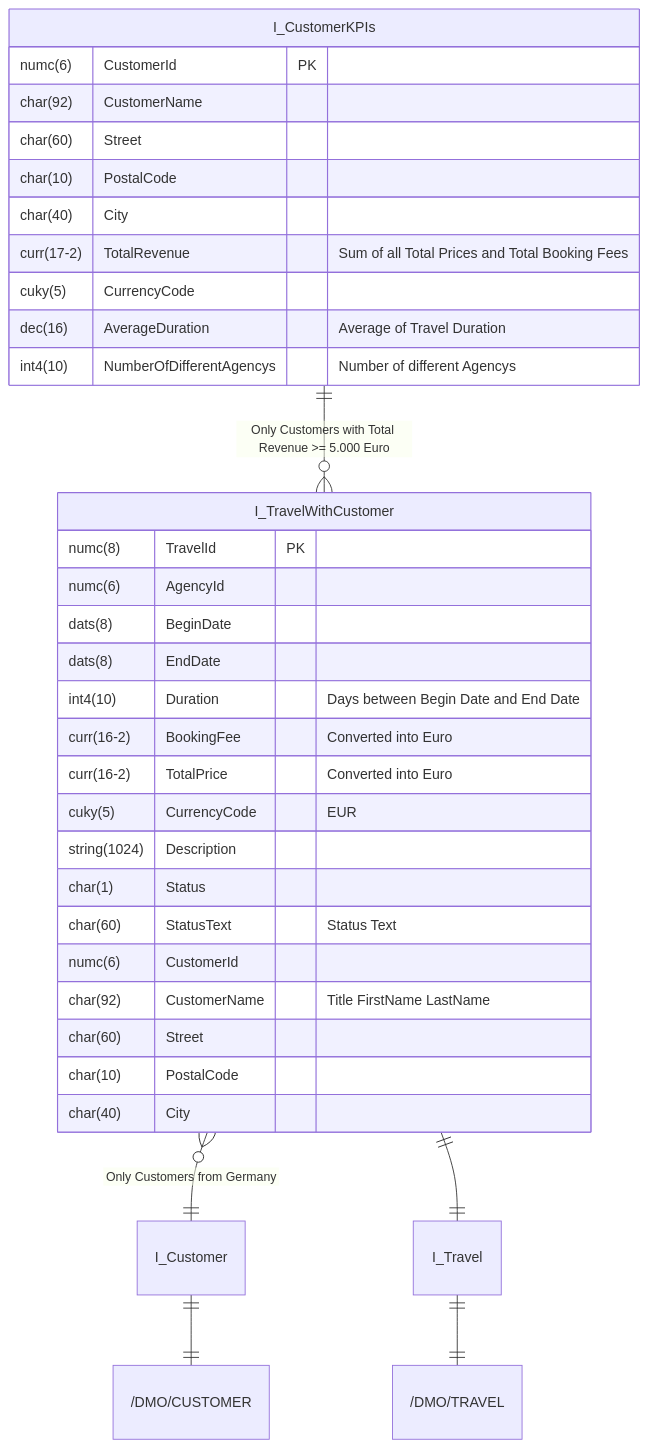
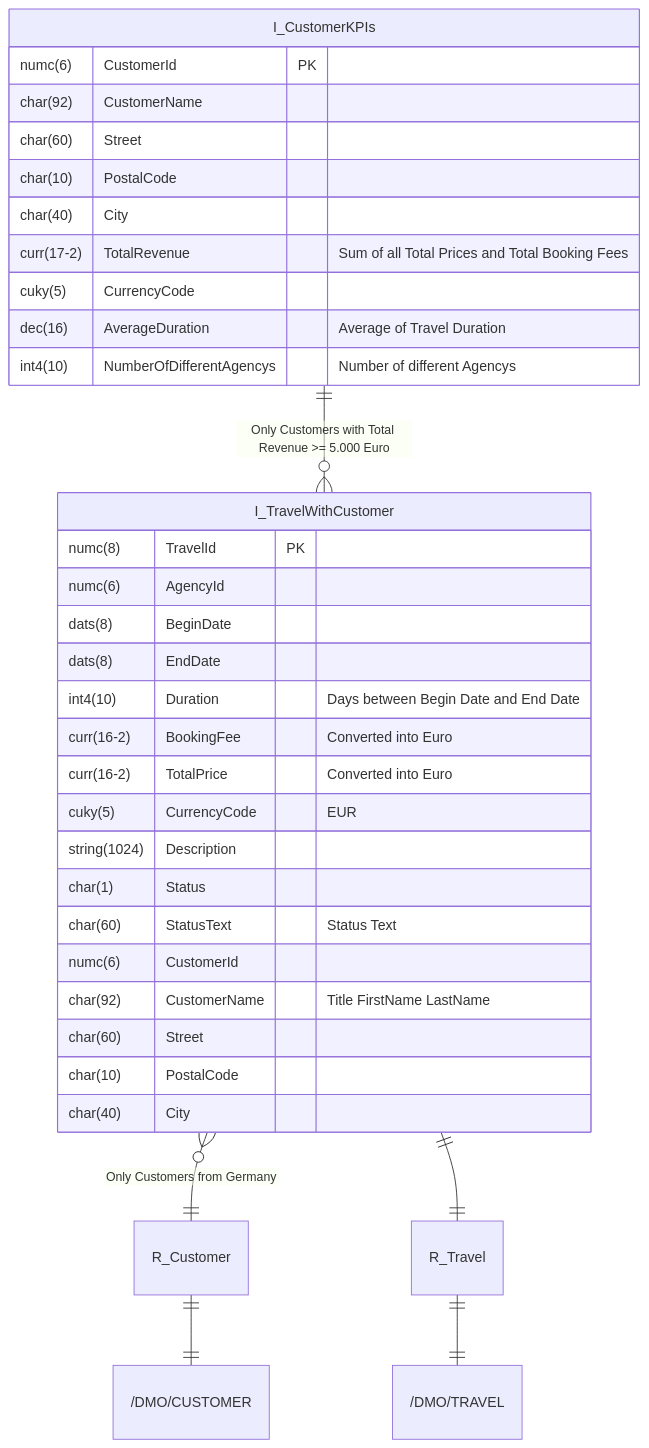
The diagram in docs/exercises/abap-cds/abap-cds-05.md (appenmaier/s4hana), drawn with Mermaid before and after one commit. The commit also changed 15 other files, not shown here.

````diff
--- a/docs/exercises/abap-cds/abap-cds-05.md
+++ b/docs/exercises/abap-cds/abap-cds-05.md
@@ -10,40 +10,40 @@
 ```mermaid
 erDiagram
 
-    I_Customer ||--|| "/DMO/CUSTOMER" : ""
-    I_Travel ||--|| "/DMO/TRAVEL" : ""
-    I_TravelWithCustomer }o--|| I_Customer : "Only Customers from Germany"
-    I_TravelWithCustomer ||--|| I_Travel : ""
+    R_Customer ||--|| "/DMO/CUSTOMER" : ""
+    R_Travel ||--|| "/DMO/TRAVEL" : ""
+    I_TravelWithCustomer }o--|| R_Customer : "Only Customers from Germany"
+    I_TravelWithCustomer ||--|| R_Travel : ""
     I_CustomerKPIs ||--o{ I_TravelWithCustomer : "Only Customers with Total Revenue >= 5.000 Euro"
 
     I_CustomerKPIs {
         numc(6) CustomerId PK
         char(92) CustomerName
         char(60) Street
         char(10) PostalCode
         char(40) City
         curr(17-2) TotalRevenue "Sum of all Total Prices and Total Booking Fees"
         cuky(5) CurrencyCode
         dec(16) AverageDuration "Average of Travel Duration"
         int4(10) NumberOfDifferentAgencys "Number of different Agencys"
     }
 
     I_TravelWithCustomer {
         numc(8) TravelId PK
         numc(6) AgencyId
         dats(8) BeginDate
         dats(8) EndDate
         int4(10) Duration "Days between Begin Date and End Date"
         curr(16-2) BookingFee "Converted into Euro"
         curr(16-2) TotalPrice "Converted into Euro"
         cuky(5) CurrencyCode "EUR"
         string(1024) Description
         char(1) Status
         char(60) StatusText "Status Text"
         numc(6) CustomerId
         char(92) CustomerName "Title FirstName LastName"
         char(60) Street
         char(10) PostalCode
         char(40) City
     }
 ```
````
